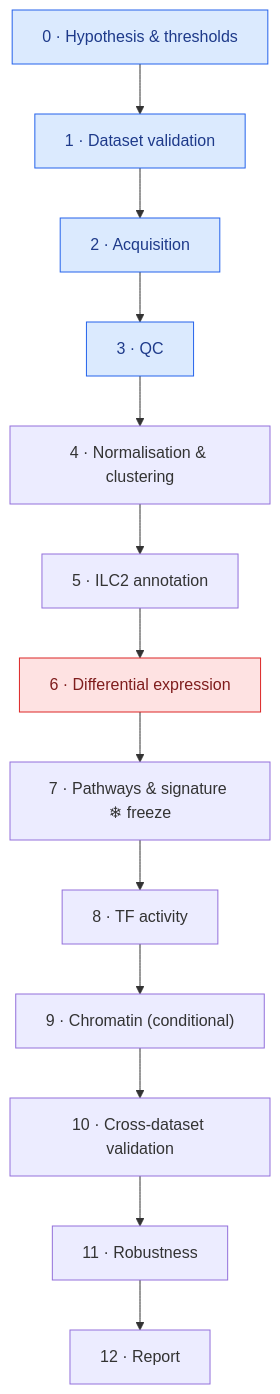
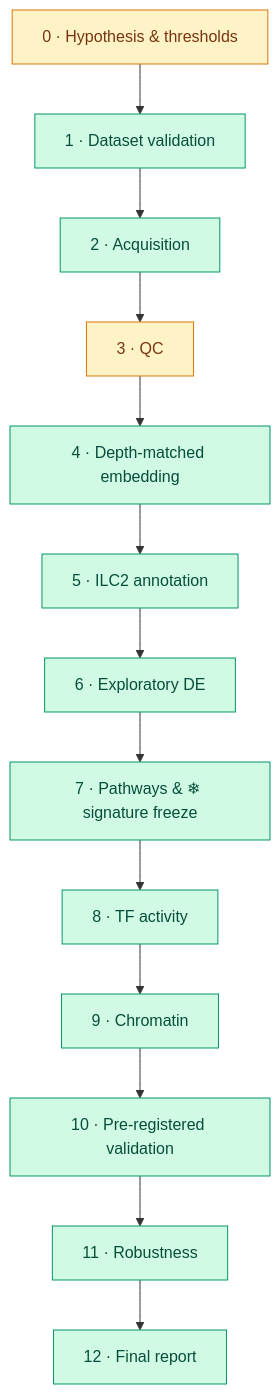
One commit to alperengcmn/ivc changed the second of 2 diagrams in README.md. Above: the diagram before and after it, drawn with Mermaid. The commit also changed other lines of this file and 12 other files, not shown here.

Commit message:
feat: Phase 12 final report, docs and README for v1.0.0

````diff
--- a/README.md
+++ b/README.md
@@ -81,14 +93,13 @@
 ```mermaid
 flowchart TD
     P0["0 · Hypothesis & thresholds"] --> P1["1 · Dataset validation"]
-    P1 --> P2["2 · Acquisition"] --> P3["3 · QC"] --> P4["4 · Normalisation & clustering"]
-    P4 --> P5["5 · ILC2 annotation"] --> P6["6 · Differential expression"]
-    P6 --> P7["7 · Pathways & signature ❄ freeze"] --> P8["8 · TF activity"]
-    P8 --> P9["9 · Chromatin (conditional)"] --> P10["10 · Cross-dataset validation"]
-    P10 --> P11["11 · Robustness"] --> P12["12 · Report"]
+    P1 --> P2["2 · Acquisition"] --> P3["3 · QC"] --> P4["4 · Depth-matched embedding"]
+    P4 --> P5["5 · ILC2 annotation"] --> P6["6 · Exploratory DE"]
+    P6 --> P7["7 · Pathways & ❄ signature freeze"] --> P8["8 · TF activity"]
+    P8 --> P9["9 · Chromatin"] --> P10["10 · Pre-registered validation"]
+    P10 --> P11["11 · Robustness"] --> P12["12 · Final report"]
     classDef done fill:#d1fae5,stroke:#059669,color:#064e3b
-    classDef active fill:#dbeafe,stroke:#2563eb,color:#1e3a8a
-    classDef blocked fill:#fee2e2,stroke:#dc2626,color:#7f1d1d
-    class P0,P1,P2,P3 active
-    class P6 blocked
+    classDef review fill:#fef3c7,stroke:#d97706,color:#78350f
+    class P1,P2,P4,P5,P6,P7,P8,P9,P10,P11,P12 done
+    class P0,P3 review
 ```
````
